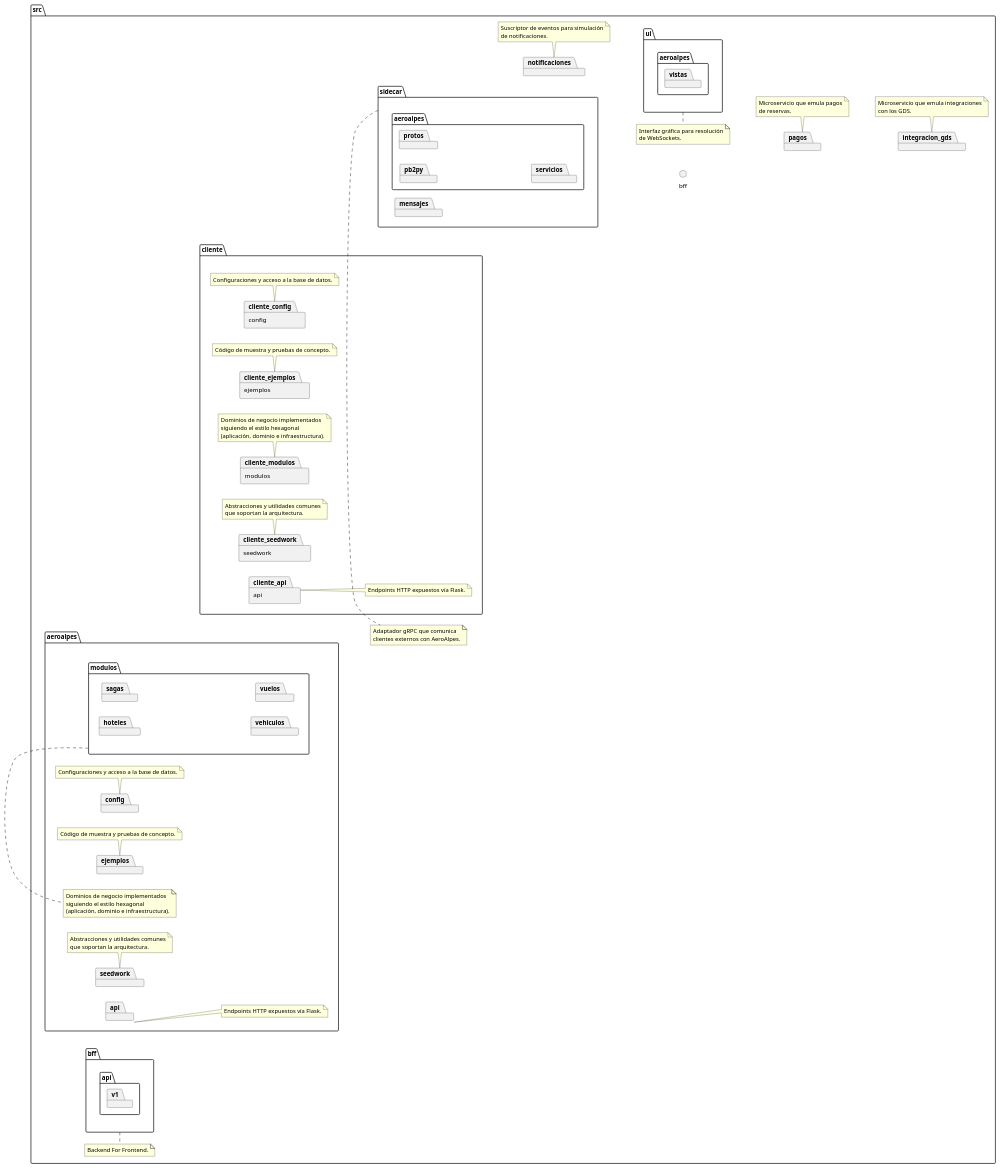
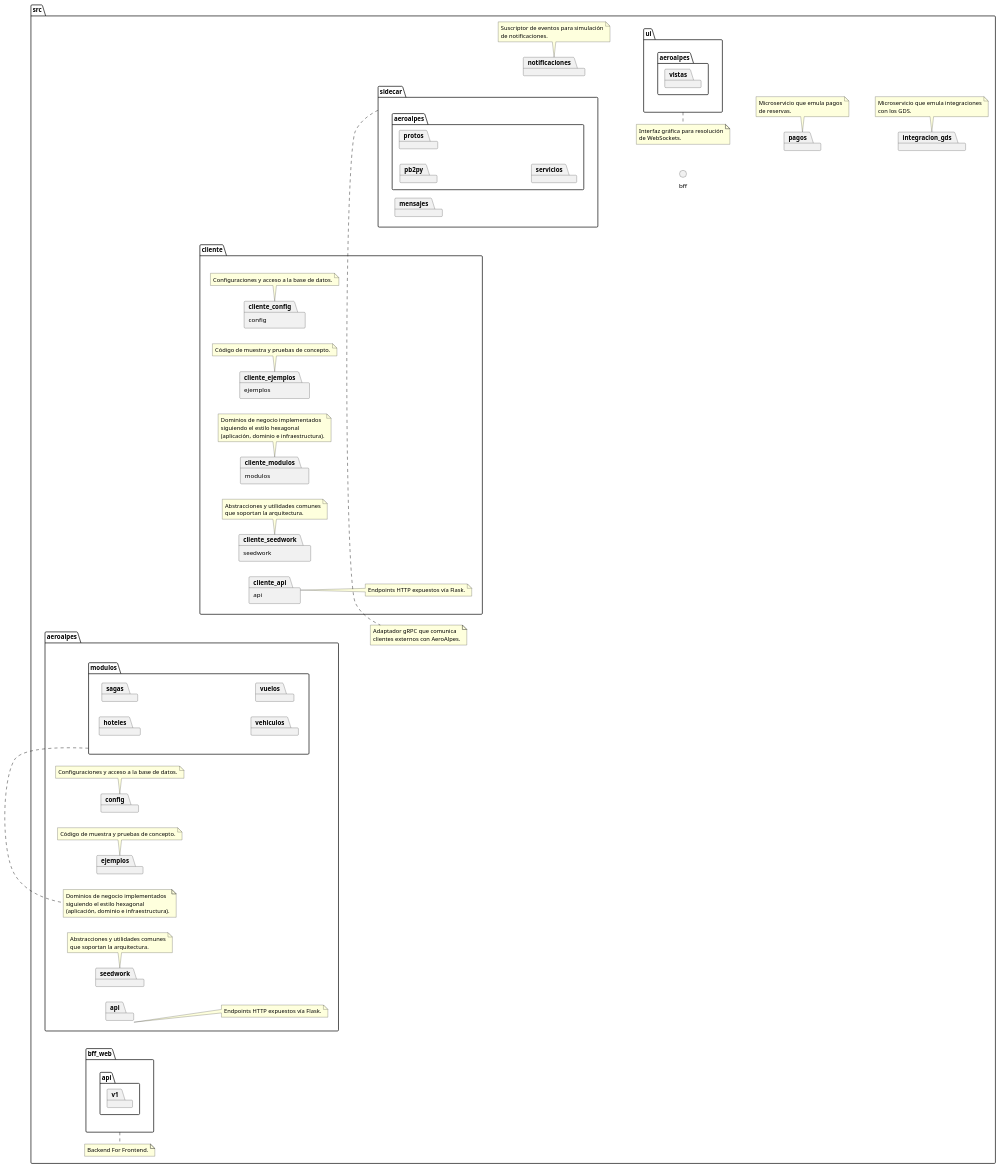
The diagram in docs/architecture.puml (MISW4406/tutorial-9-bff), drawn with PlantUML before and after one commit. The commit also changed 2 other files, not shown here.

Commit message:
fix name in bff architecture

```diff
--- a/docs/architecture.puml
+++ b/docs/architecture.puml
@@ -1,128 +1,128 @@
 @startuml
 left to right direction
 
 package "src" {
     package "aeroalpes" as aeroalpes_src {
         package "api" as api
         note right of api
             Endpoints HTTP expuestos vía Flask.
         end note
 
         package "config" as config
         note bottom of config
             Configuraciones y acceso a la base de datos.
         end note
 
         package "ejemplos" as ejemplos
         note bottom of ejemplos
             Código de muestra y pruebas de concepto.
         end note
 
         package "modulos" as modulos {
             package "hoteles"
             package "sagas"
             package "vehiculos"
             package "vuelos" as vuelos
         }
         note bottom of modulos
             Dominios de negocio implementados
             siguiendo el estilo hexagonal
             (aplicación, dominio e infraestructura).
         end note
 
         package "seedwork" as seedwork
         note bottom of seedwork
             Abstracciones y utilidades comunes
             que soportan la arquitectura.
         end note
     }
 
     package "cliente" as cliente {
         package "api" as cliente_api
         note right of cliente_api
             Endpoints HTTP expuestos vía Flask.
         end note
 
         package "config" as cliente_config
         note bottom of cliente_config
             Configuraciones y acceso a la base de datos.
         end note
 
         package "ejemplos" as cliente_ejemplos
         note bottom of cliente_ejemplos
             Código de muestra y pruebas de concepto.
         end note
 
         package "modulos" as cliente_modulos
         note bottom of cliente_modulos
             Dominios de negocio implementados
             siguiendo el estilo hexagonal
             (aplicación, dominio e infraestructura).
         end note
 
         package "seedwork" as cliente_seedwork
         note bottom of cliente_seedwork
             Abstracciones y utilidades comunes
             que soportan la arquitectura.
         end note
     }
 
     package "sidecar" as sidecar_pkg {
         package "aeroalpes" as aeroalpes_sidecar {
             package "pb2py"
             package "protos"
             package "servicios"
         }
         package "mensajes"
     }
     note bottom of sidecar_pkg
         Adaptador gRPC que comunica
         clientes externos con AeroAlpes.
     end note
 
     package "notificaciones"
     note bottom of notificaciones
         Suscriptor de eventos para simulación
         de notificaciones.
     end note
 
     package "ui" as ui_pkg {
         package "aeroalpes" as aeroalpes_ui {
             package "vistas"
         }
     }
     note bottom of ui_pkg
         Interfaz gráfica para resolución
         de WebSockets.
     end note
 
     package "pagos"
     note bottom of pagos
         Microservicio que emula pagos
         de reservas.
     end note
 
     package "integracion_gds"
     note bottom of integracion_gds
         Microservicio que emula integraciones
         con los GDS.
     end note
     
-    package "bff" as bff_pkg {
+    package "bff_web" as bff_web_pkg {
         package "api" as api_pkg {
             package "v1"
         }
     }
-    note bottom of bff_pkg
+    note bottom of bff_web_pkg
         Backend For Frontend.
     end note
     
     bff -[hidden]-> pagos
     pagos -[hidden]-> integracion_gds
     ui_pkg -[hidden]-> pagos
     notificaciones -[hidden]-> ui_pkg
     sidecar_pkg -[hidden]-> notificaciones
     cliente -[hidden]-> sidecar_pkg
     aeroalpes_src -[hidden]-> cliente
 }
 @enduml
```
